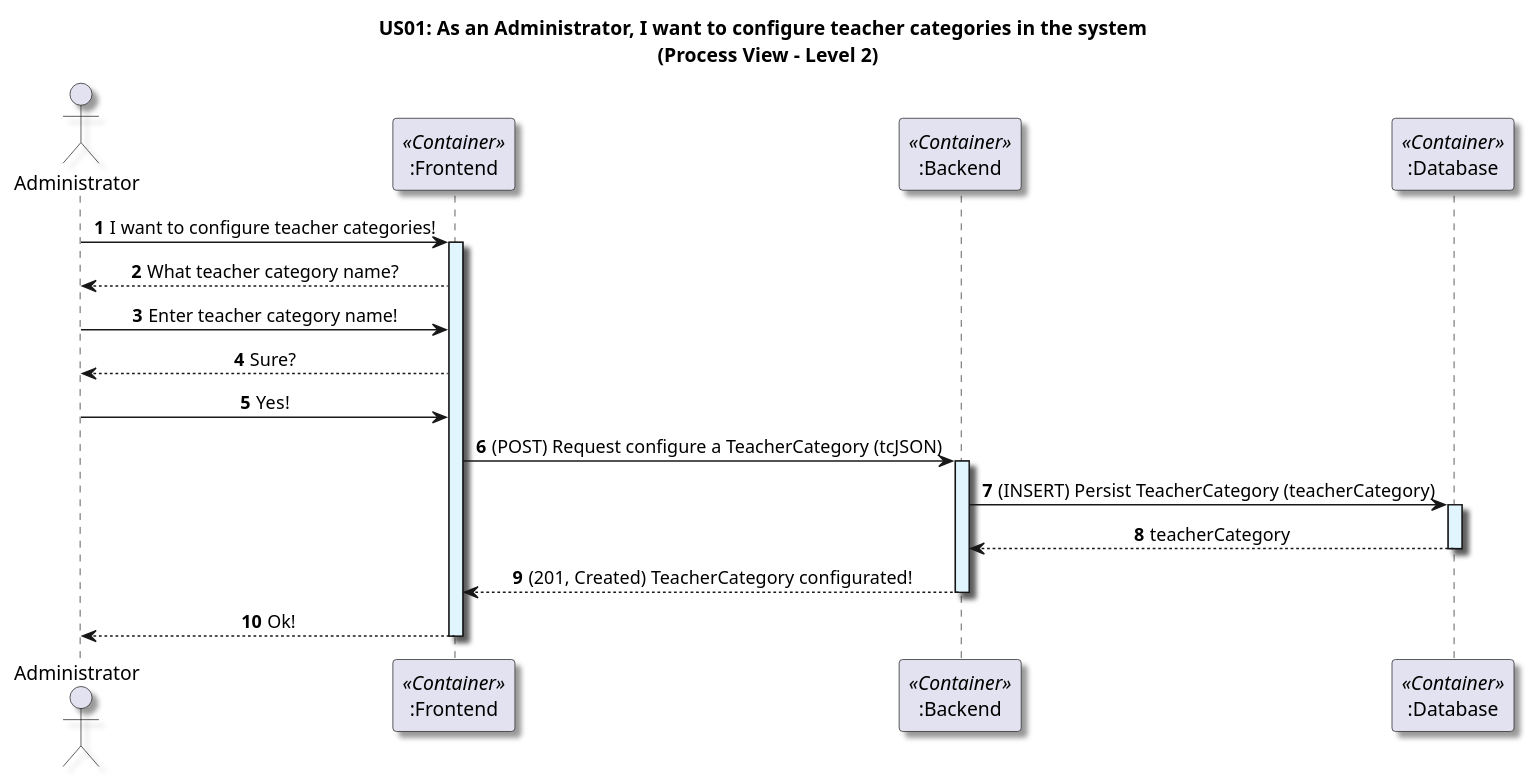
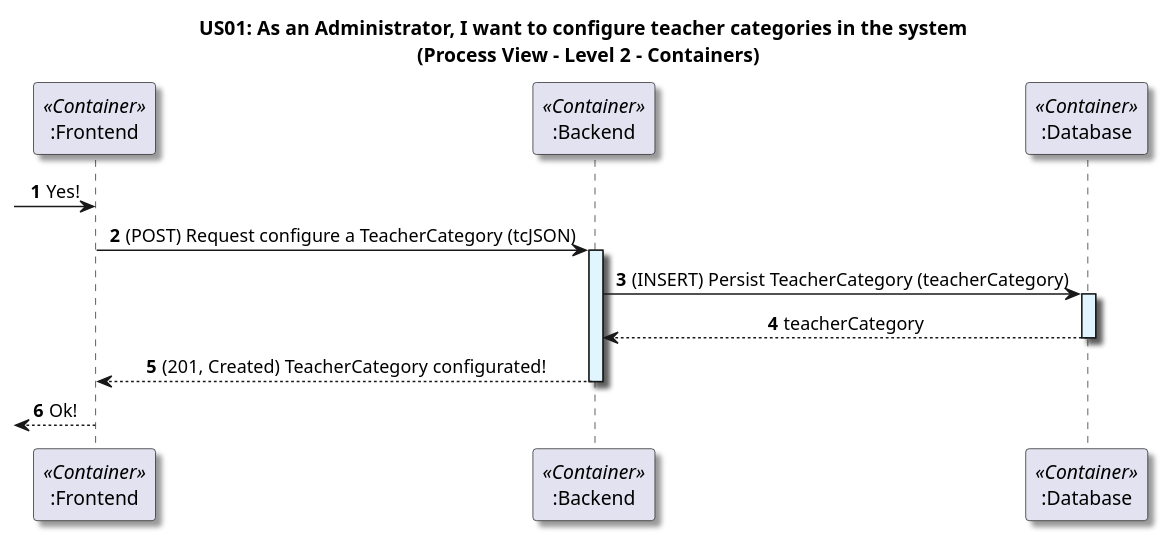
Before and after one commit to GasparISEP/DevOps-PAI: the diagram in docs/US01/Sprint6_RestAPI/ProcessView/Level2.puml, drawn with PlantUML.

Commit message:
doc (process): refactor process view diagrams at level 2 with minor adjustments (#532, #541)

```diff
--- a/docs/US01/Sprint6_RestAPI/ProcessView/Level2.puml
+++ b/docs/US01/Sprint6_RestAPI/ProcessView/Level2.puml
@@ -1,43 +1,34 @@
 @startuml
 
-title US01: As an Administrator, I want to configure teacher categories in the system \n (Process View - Level 2)
+title US01: As an Administrator, I want to configure teacher categories in the system \n (Process View - Level 2 - Containers)
 
 skinparam componentStyle component
 skinparam defaultTextAlignment center
 skinparam shadowing true
 
 autonumber
 
-actor Administrator as admin
 
 participant ":Frontend" as frontend <<Container>>
 participant ":Backend" as backend <<Container>>
 participant ":Database" as db <<Container>>
 
-admin -> frontend: I want to configure teacher categories!
-activate frontend #E1F5FE
 
-frontend --> admin: What teacher category name?
-
-admin -> frontend: Enter teacher category name!
-
-frontend --> admin: Sure?
-
-admin -> frontend: Yes!
+-> frontend: Yes!
 
 frontend -> backend: (POST) Request configure a TeacherCategory (tcJSON)
 activate backend #E1F5FE
 
 backend -> db: (INSERT) Persist TeacherCategory (teacherCategory)
 activate db #E1F5FE
 
 db --> backend: teacherCategory
 deactivate db
 
 backend --> frontend: (201, Created) TeacherCategory configurated!
 deactivate backend
 
-frontend --> admin: Ok!
+<-- frontend : Ok!
 deactivate frontend
 
 @enduml
```
